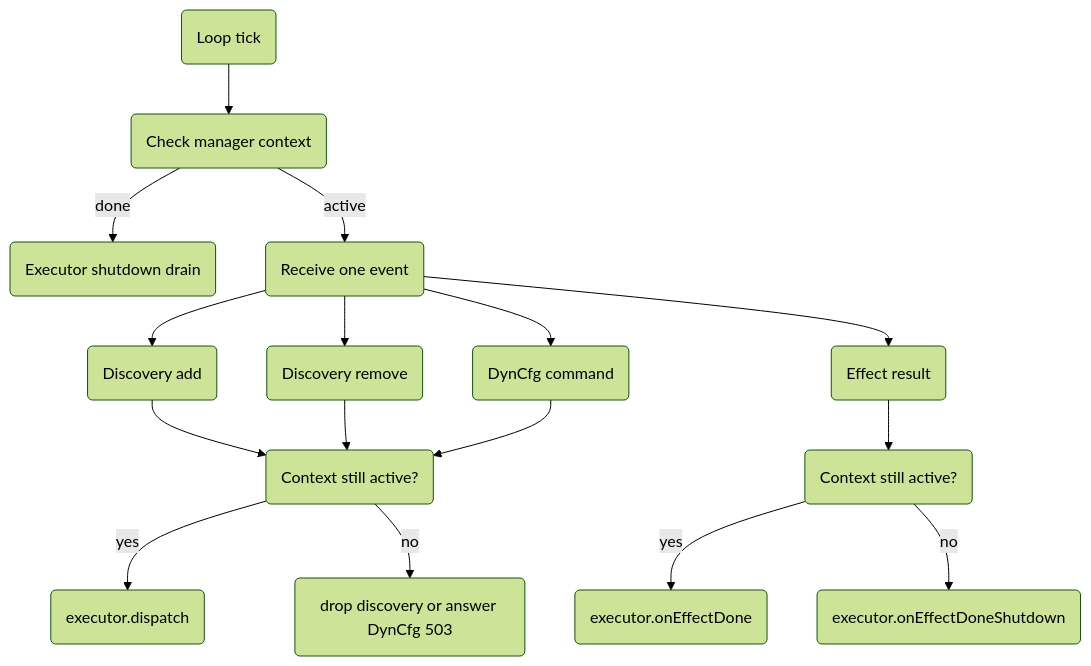
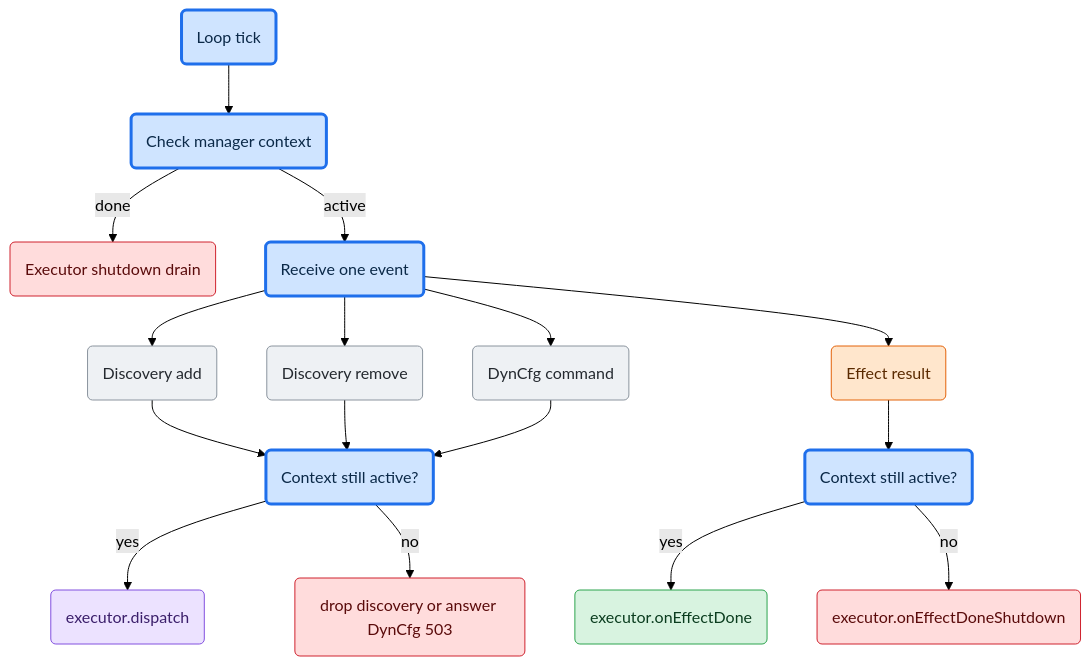
The third of 5 diagrams in src/go/plugin/agent/jobmgr/ARCHITECTURE.md (netdata/netdata), drawn with Mermaid (forest theme) before and after one commit. The commit also changed other lines of this file and 2 other files, not shown here.

Commit message:
test(go.d/jobmgr): harden effect lifecycle invariants

````diff
--- a/src/go/plugin/agent/jobmgr/ARCHITECTURE.md
+++ b/src/go/plugin/agent/jobmgr/ARCHITECTURE.md
@@ -112,20 +197,34 @@
 ```mermaid
 flowchart TD
     start("Loop tick") --> pre("Check manager context")
     pre -->|done| drain("Executor shutdown drain")
     pre -->|active| receive("Receive one event")
     receive --> add("Discovery add")
     receive --> remove("Discovery remove")
     receive --> fn("DynCfg command")
     receive --> result("Effect result")
 
     add --> activeCheck("Context still active?")
     remove --> activeCheck
     fn --> activeCheck
     result --> resultCheck("Context still active?")
 
     activeCheck -->|yes| dispatch("executor.dispatch")
     activeCheck -->|no| reject("drop discovery or answer DynCfg 503")
     resultCheck -->|yes| commit("executor.onEffectDone")
     resultCheck -->|no| shutdownResult("executor.onEffectDoneShutdown")
+
+    classDef loop fill:#cfe4ff,stroke:#1f6feb,stroke-width:3px,color:#0b2948;
+    classDef input fill:#eef1f4,stroke:#8b949e,color:#24292f;
+    classDef sched fill:#ece2ff,stroke:#8250df,color:#3b1f6b;
+    classDef effect fill:#ffe6cc,stroke:#e36209,color:#5a2a00;
+    classDef commit fill:#d8f3e0,stroke:#2da44e,color:#0b3d1f;
+    classDef hard fill:#ffdcdc,stroke:#cf222e,color:#5a0b0b;
+
+    class start,pre,receive,activeCheck,resultCheck loop;
+    class add,remove,fn input;
+    class result effect;
+    class dispatch sched;
+    class commit commit;
+    class drain,reject,shutdownResult hard;
 ```
````
